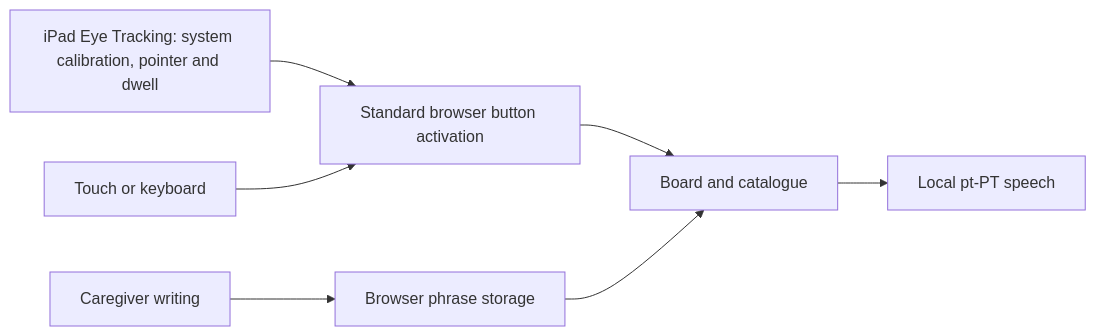
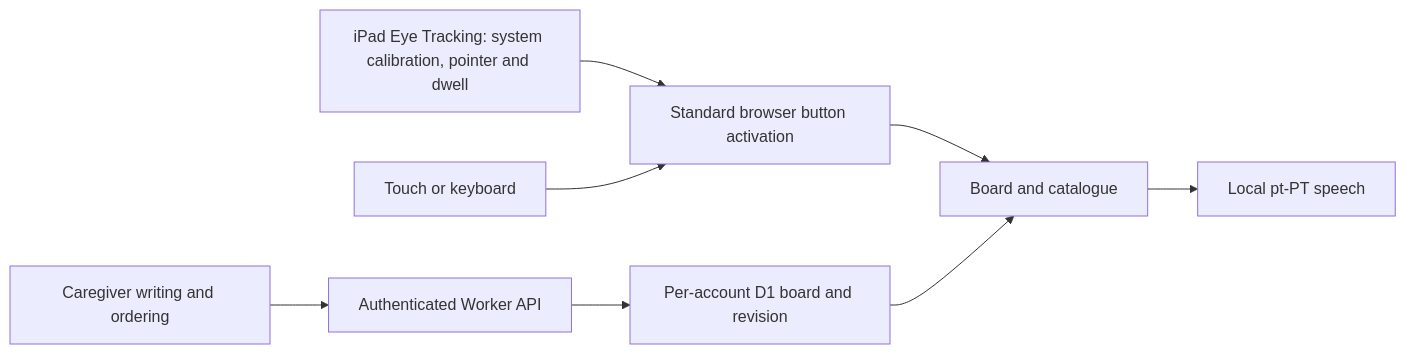
The diagram in docs/ARCHITECTURE.md (Cgcnnunes/button-eye-reader), drawn with Mermaid before and after one commit. The commit also changed other lines of this file and 29 other files, not shown here.

````diff
--- a/docs/ARCHITECTURE.md
+++ b/docs/ARCHITECTURE.md
@@ -12,9 +13,10 @@
 ```mermaid
 flowchart LR
   Apple["iPad Eye Tracking: system calibration, pointer and dwell"] --> Click["Standard browser button activation"]
   Touch["Touch or keyboard"] --> Click
   Click --> Board["Board and catalogue"]
   Board --> Speech["Local pt-PT speech"]
-  Caregiver["Caregiver writing"] --> Storage["Browser phrase storage"]
+  Caregiver["Caregiver writing and ordering"] --> API["Authenticated Worker API"]
+  API --> Storage["Per-account D1 board and revision"]
   Storage --> Board
 ```
````
